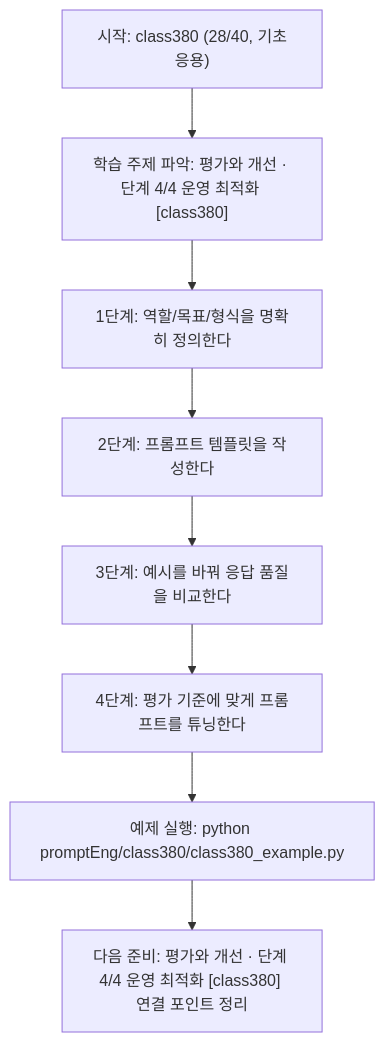
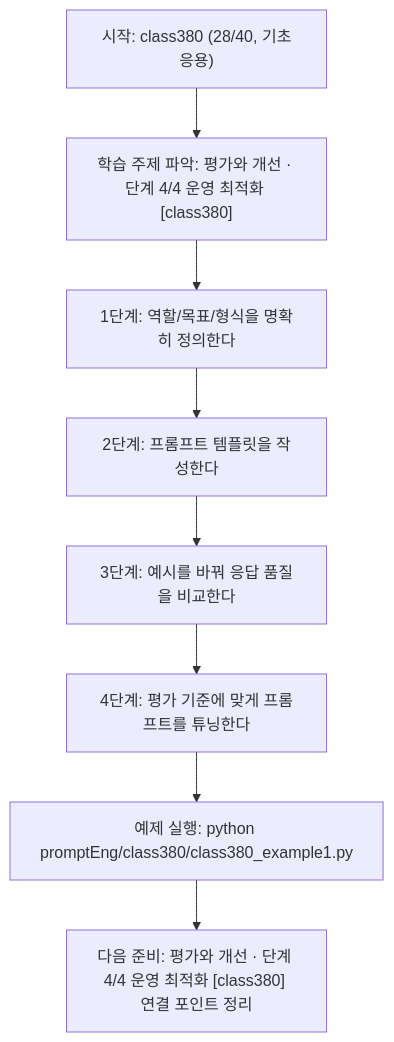
One commit to edumgt/Python-AI_Agent-Class changed the diagram in promptEng/class380/class380.md. Above: the diagram before and after it, drawn with Mermaid. The commit also changed other lines of this file and 2959 other files, not shown here.

````diff
--- a/promptEng/class380/class380.md
+++ b/promptEng/class380/class380.md
@@ -109,18 +109,18 @@
 ```mermaid
 flowchart TD
 N1["시작: class380 (28/40, 기초응용)"]
 N2["학습 주제 파악: 평가와 개선 · 단계 4/4 운영 최적화 [class380]"]
 N3["1단계: 역할/목표/형식을 명확히 정의한다"]
 N4["2단계: 프롬프트 템플릿을 작성한다"]
 N5["3단계: 예시를 바꿔 응답 품질을 비교한다"]
 N6["4단계: 평가 기준에 맞게 프롬프트를 튜닝한다"]
-N7["예제 실행: python promptEng/class380/class380_example.py"]
+N7["예제 실행: python promptEng/class380/class380_example1.py"]
 N8["다음 준비: 평가와 개선 · 단계 4/4 운영 최적화 [class380] 연결 포인트 정리"]
 N1 --> N2
 N2 --> N3
 N3 --> N4
 N4 --> N5
 N5 --> N6
 N6 --> N7
 N7 --> N8
 ```
````
